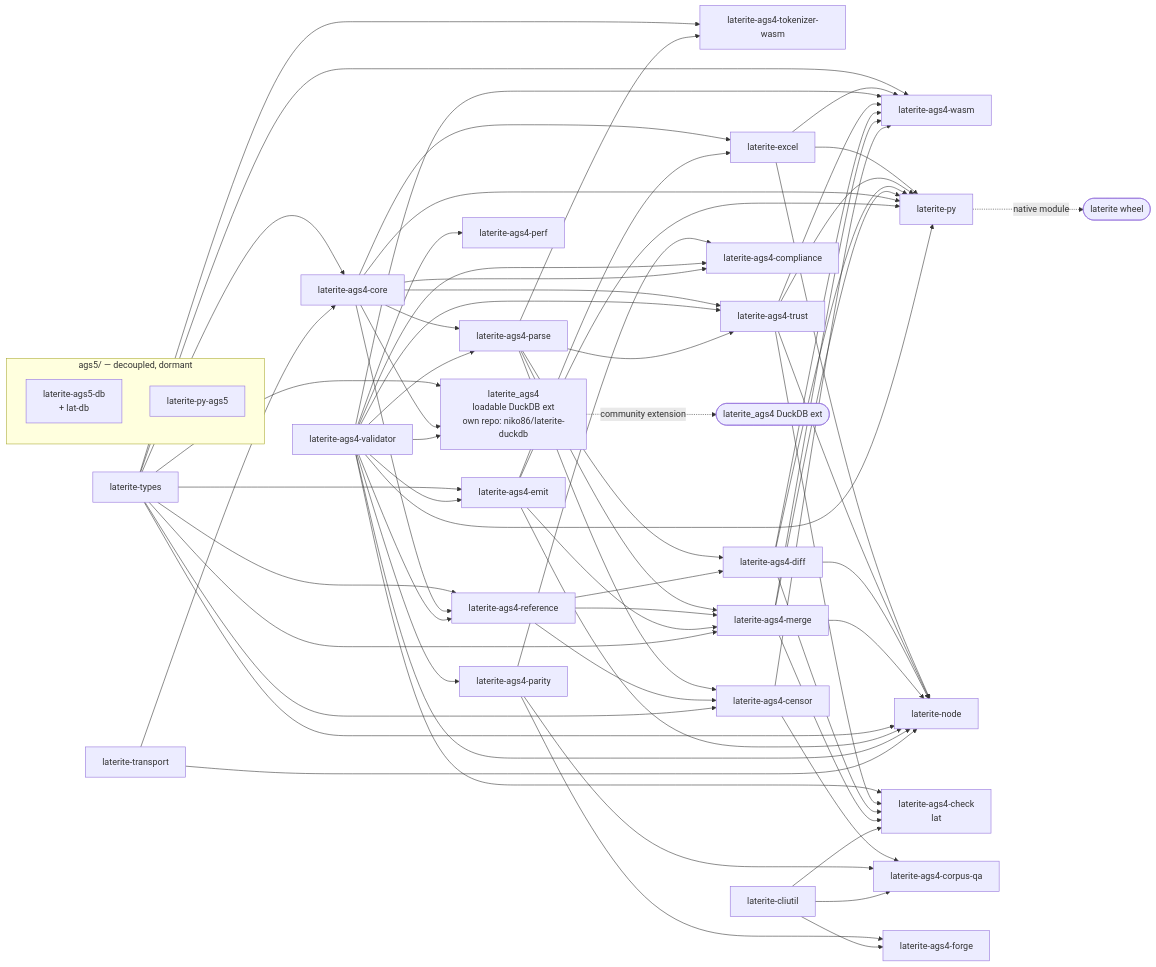
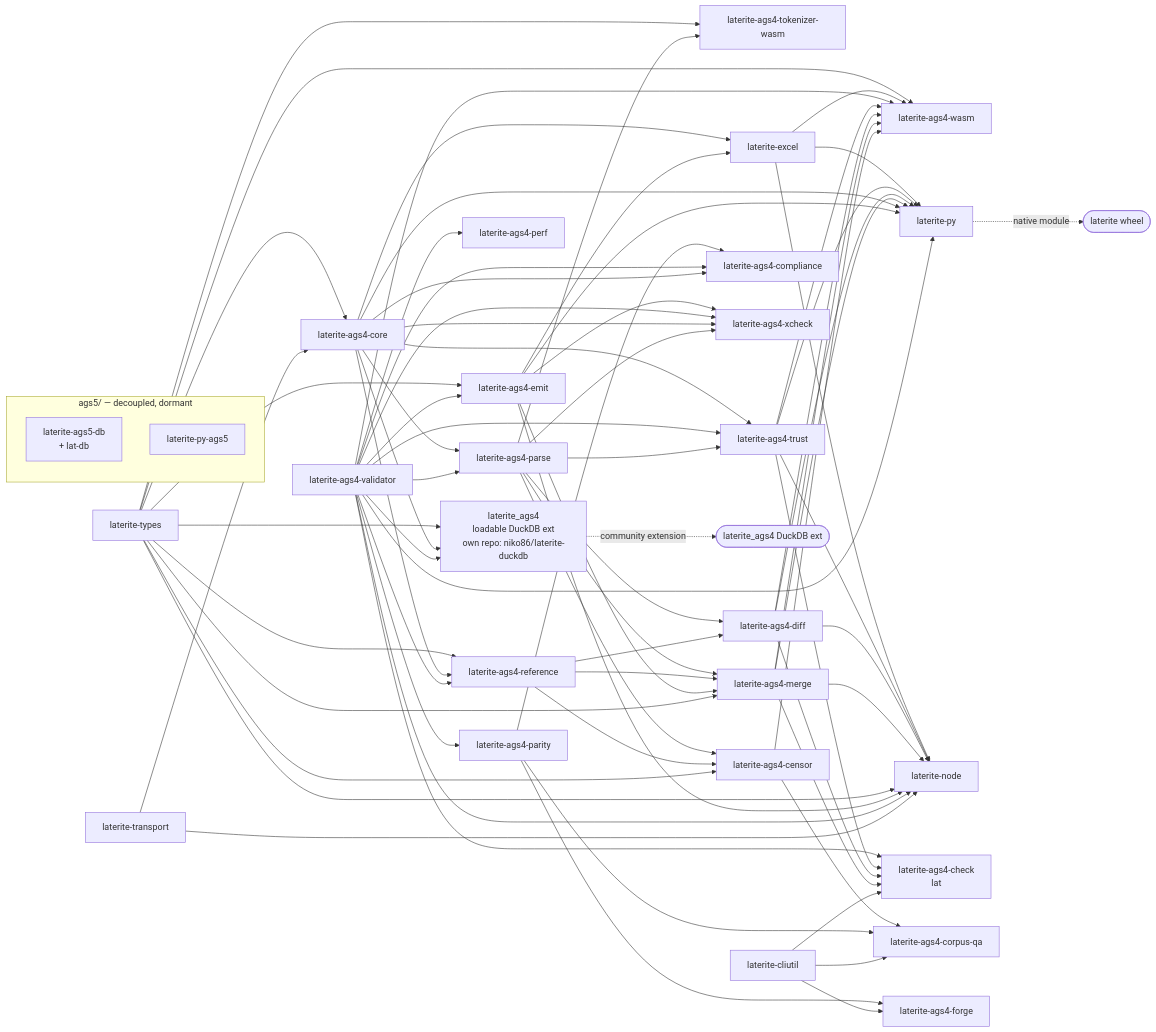
The diagram in ags-wiki/concepts/crate-map.md (niko86/laterite), drawn with Mermaid before and after one commit. The commit also changed 13 other files, not shown here.

````diff
--- a/ags-wiki/concepts/crate-map.md
+++ b/ags-wiki/concepts/crate-map.md
@@ -375,74 +375,78 @@
 ```mermaid
 flowchart LR
   types[laterite-types] --> core[laterite-ags4-core]
   types --> reference
   core --> parse[laterite-ags4-parse]
   core --> reference[laterite-ags4-reference]
   validator --> parse
   validator --> reference
   types --> wasm[laterite-ags4-wasm]
   types --> tokenizerwasm[laterite-ags4-tokenizer-wasm]
   parse --> tokenizerwasm
   types --> emit[laterite-ags4-emit]
   validator[laterite-ags4-validator] --> emit
   core --> excel[laterite-excel]
   emit --> excel
   excel --> latpy[laterite-py]
   excel --> latnode
   excel --> wasm
   validator --> check[laterite-ags4-check<br/>lat]
   validator --> wasm
   core --> trust[laterite-ags4-trust]
   validator --> trust
   parse --> trust
   trust --> check
   trust --> latpy
   trust --> latnode
   trust --> wasm
   parse --> diff[laterite-ags4-diff]
   reference --> diff
   diff --> check
   diff --> latpy
   diff --> latnode
   diff --> wasm
   parse --> merge[laterite-ags4-merge]
   reference --> merge
   emit --> merge
   types --> merge
   merge --> check
   merge --> latpy
   merge --> latnode
   merge --> wasm
   parse --> censor[laterite-ags4-censor]
   reference --> censor
   types --> censor
   censor --> corpusqa
   censor --> wasm
   validator --> parity[laterite-ags4-parity]
   core --> latpy[laterite-py]
   emit --> latpy
   validator --> latpy
   types --> latnode[laterite-node]
   emit --> latnode
   validator --> latnode
   transport[laterite-transport] --> core
   transport --> latnode
   types --> duckdb["laterite_ags4<br/>loadable DuckDB ext<br/>own repo: niko86/laterite-duckdb"]
   core --> duckdb
   validator --> duckdb
   parity --> corpusqa[laterite-ags4-corpus-qa]
   parity --> forge[laterite-ags4-forge]
   parity --> compliance[laterite-ags4-compliance]
   validator --> compliance
   core --> compliance
+  emit --> xcheck[laterite-ags4-xcheck]
+  validator --> xcheck
+  core --> xcheck
+  parse --> xcheck
   validator --> perf[laterite-ags4-perf]
   cliutil[laterite-cliutil] --> check
   cliutil --> corpusqa
   cliutil --> forge
   latpy -.native module.-> wlat([laterite wheel])
   duckdb -.community extension.-> cext([laterite_ags4 DuckDB ext])
   subgraph dormant["ags5/ — decoupled, dormant"]
     cli[laterite-ags5-db<br/>+ lat-db]
     latpy5[laterite-py-ags5]
   end
 ```
````
